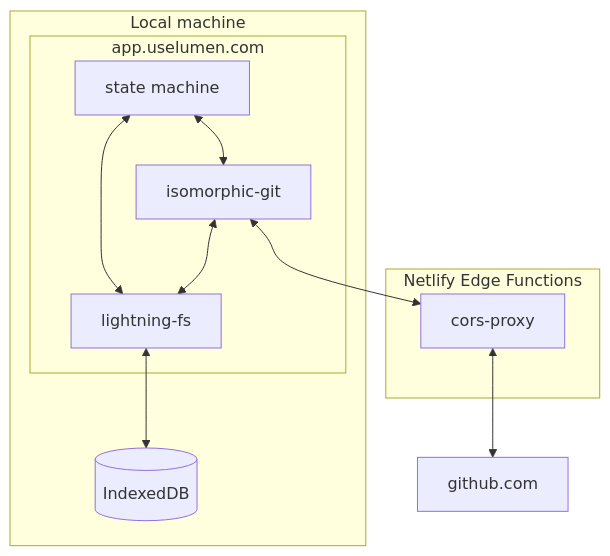
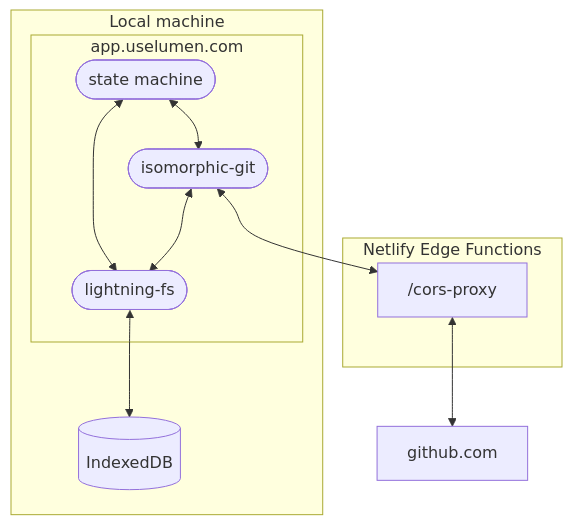
The diagram in CONTRIBUTING.md (lumen-notes/lumen), drawn with Mermaid before and after one commit.

````diff
--- a/CONTRIBUTING.md
+++ b/CONTRIBUTING.md
@@ -41,25 +41,25 @@
 ```mermaid
 graph
     subgraph local[Local machine]
       subgraph app.uselumen.com
-        state-machine[state machine]
-        isomorphic-git
-        lightning-fs
+        state-machine([state machine])
+        isomorphic-git([isomorphic-git])
+        lightning-fs([lightning-fs])
       end
 
       indexeddb[(IndexedDB)]
     end
 
     subgraph edge[Netlify Edge Functions]
-      cors-proxy
+      /cors-proxy
     end
 
     github.com
 
     state-machine <--> isomorphic-git
     state-machine <--> lightning-fs
     isomorphic-git <--> lightning-fs
-    isomorphic-git <--> cors-proxy
-    cors-proxy <--> github.com
+    isomorphic-git <--> /cors-proxy
+    /cors-proxy <--> github.com
     lightning-fs <--> indexeddb
 ```
````
